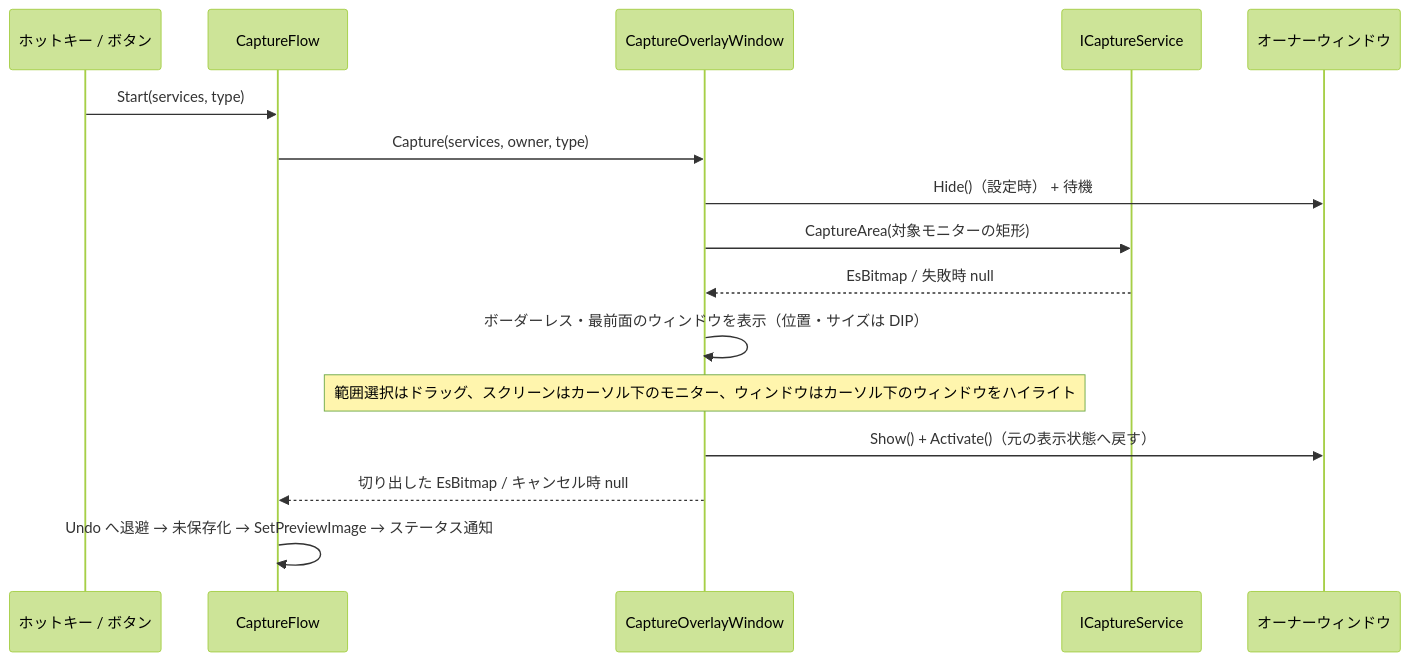
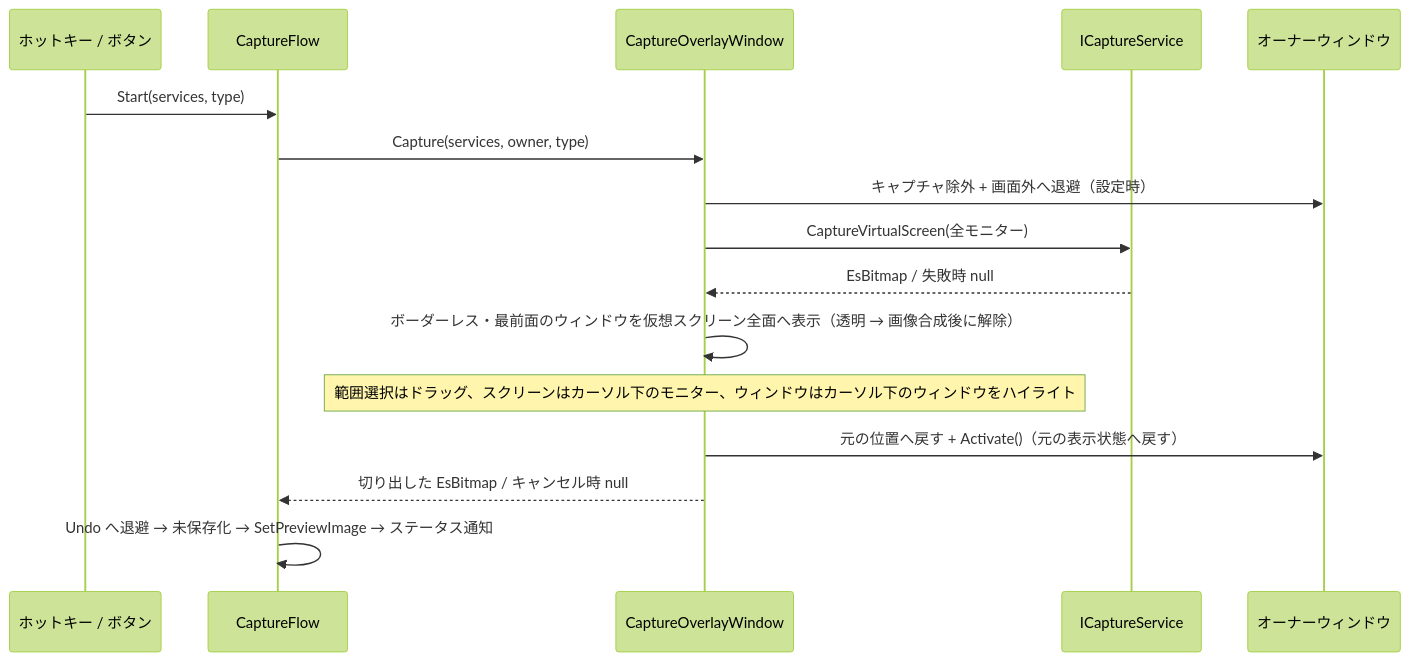
Before and after one commit to tomokuni/SaveEvidence: the third of 12 diagrams in src/app.MewUI/SPEC_System.md, drawn with Mermaid (forest theme). The commit also changed other lines of this file and 17 other files, not shown here.

````diff
--- a/src/app.MewUI/SPEC_System.md
+++ b/src/app.MewUI/SPEC_System.md
@@ -369,19 +369,19 @@
 ```mermaid
 sequenceDiagram
     participant HK as ホットキー / ボタン
     participant CF as CaptureFlow
     participant OW as CaptureOverlayWindow
     participant CS as ICaptureService
     participant OS as オーナーウィンドウ
 
     HK->>CF: Start(services, type)
     CF->>OW: Capture(services, owner, type)
-    OW->>OS: Hide()（設定時） + 待機
-    OW->>CS: CaptureArea(対象モニターの矩形)
+    OW->>OS: キャプチャ除外 + 画面外へ退避（設定時）
+    OW->>CS: CaptureVirtualScreen(全モニター)
     CS-->>OW: EsBitmap / 失敗時 null
-    OW->>OW: ボーダーレス・最前面のウィンドウを表示（位置・サイズは DIP）
+    OW->>OW: ボーダーレス・最前面のウィンドウを仮想スクリーン全面へ表示（透明 → 画像合成後に解除）
     Note over OW: 範囲選択はドラッグ、スクリーンはカーソル下のモニター、ウィンドウはカーソル下のウィンドウをハイライト
-    OW->>OS: Show() + Activate()（元の表示状態へ戻す）
+    OW->>OS: 元の位置へ戻す + Activate()（元の表示状態へ戻す）
     OW-->>CF: 切り出した EsBitmap / キャンセル時 null
     CF->>CF: Undo へ退避 → 未保存化 → SetPreviewImage → ステータス通知
 ```
````
